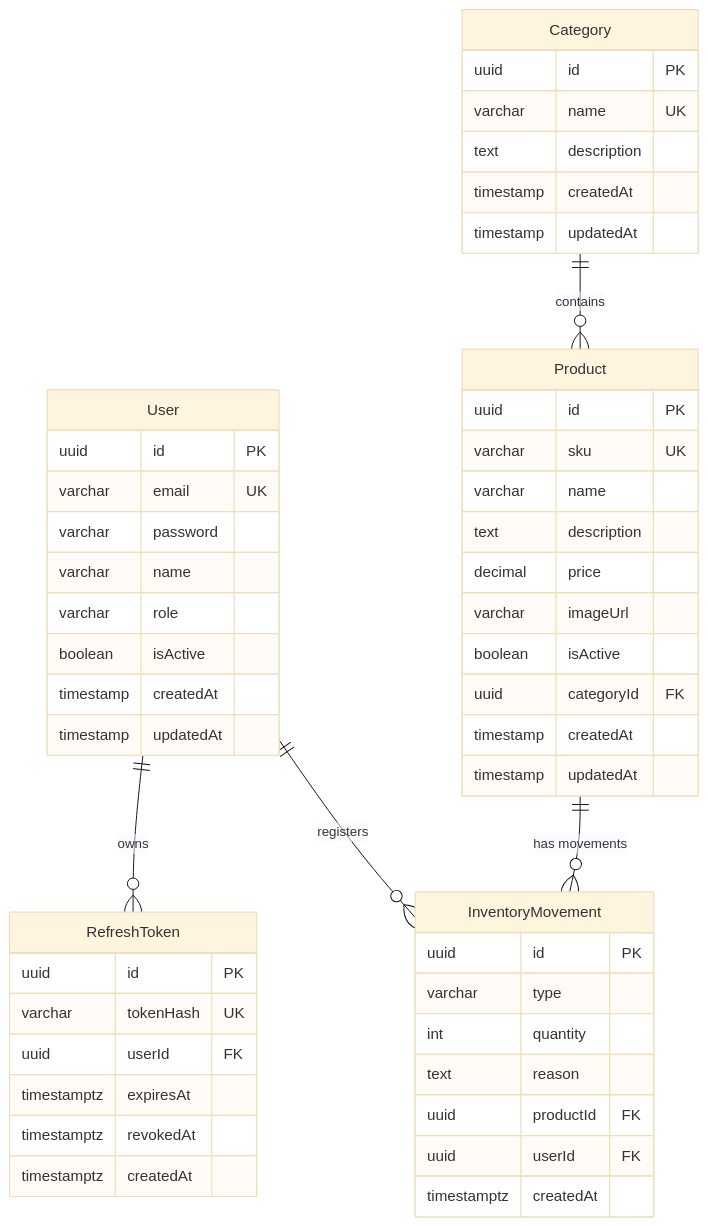
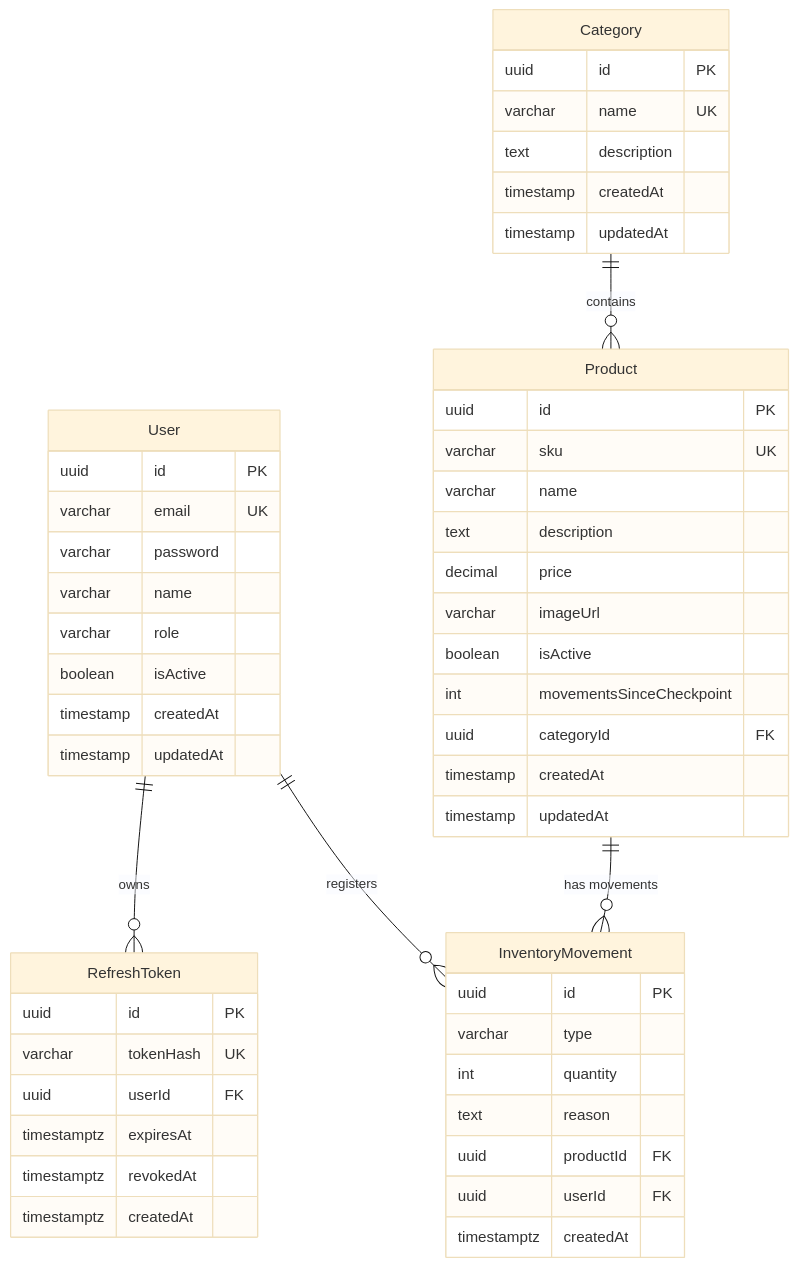
One commit to LweZ01/Stockly changed the first of 3 diagrams in README.md. Above: the diagram before and after it, drawn with Mermaid (base theme). The commit also changed other lines of this file and 4 other files, not shown here.

````diff
--- a/README.md
+++ b/README.md
@@ -94,58 +94,59 @@
 ```mermaid
 erDiagram
     User ||--o{ RefreshToken : owns
     User ||--o{ InventoryMovement : registers
     Category ||--o{ Product : contains
     Product ||--o{ InventoryMovement : "has movements"
 
     User {
         uuid id PK
         varchar email UK
         varchar password
         varchar name
         varchar role
         boolean isActive
         timestamp createdAt
         timestamp updatedAt
     }
 
     Category {
         uuid id PK
         varchar name UK
         text description
         timestamp createdAt
         timestamp updatedAt
     }
 
     Product {
         uuid id PK
         varchar sku UK
         varchar name
         text description
         decimal price
         varchar imageUrl
         boolean isActive
+        int movementsSinceCheckpoint
         uuid categoryId FK
         timestamp createdAt
         timestamp updatedAt
     }
 
     InventoryMovement {
         uuid id PK
         varchar type
         int quantity
         text reason
         uuid productId FK
         uuid userId FK
         timestamptz createdAt
     }
 
     RefreshToken {
         uuid id PK
         varchar tokenHash UK
         uuid userId FK
         timestamptz expiresAt
         timestamptz revokedAt
         timestamptz createdAt
     }
 ```
````
